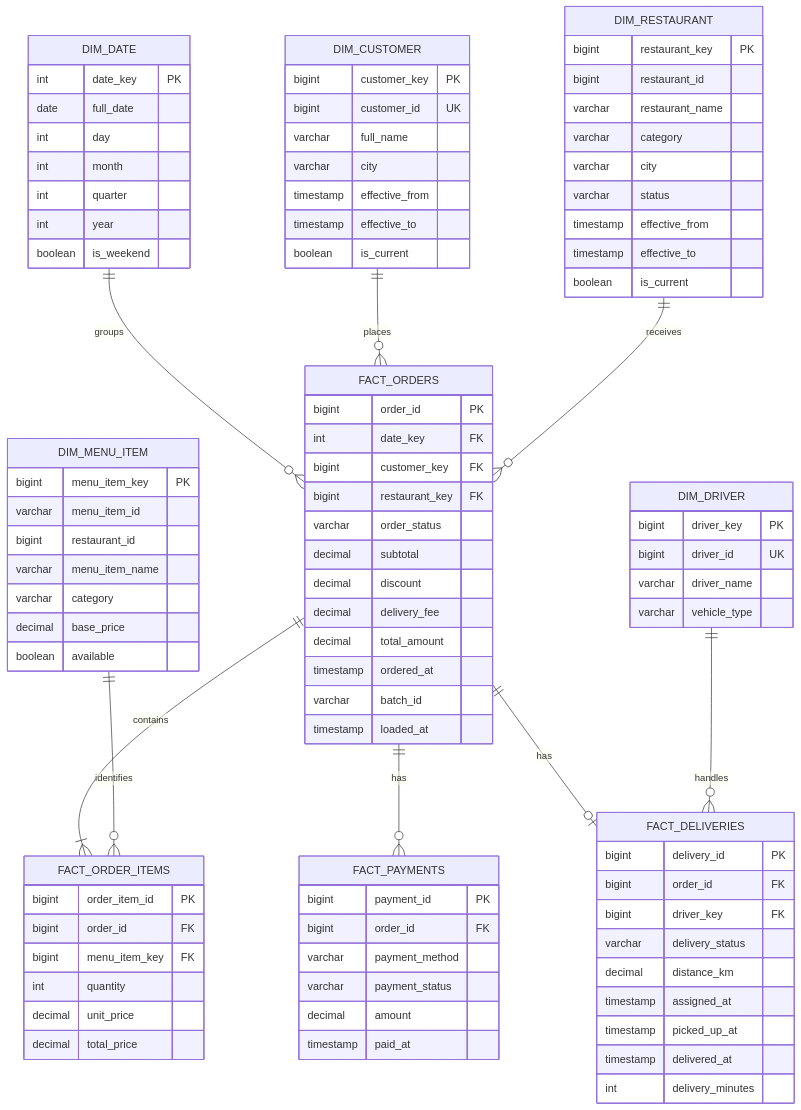
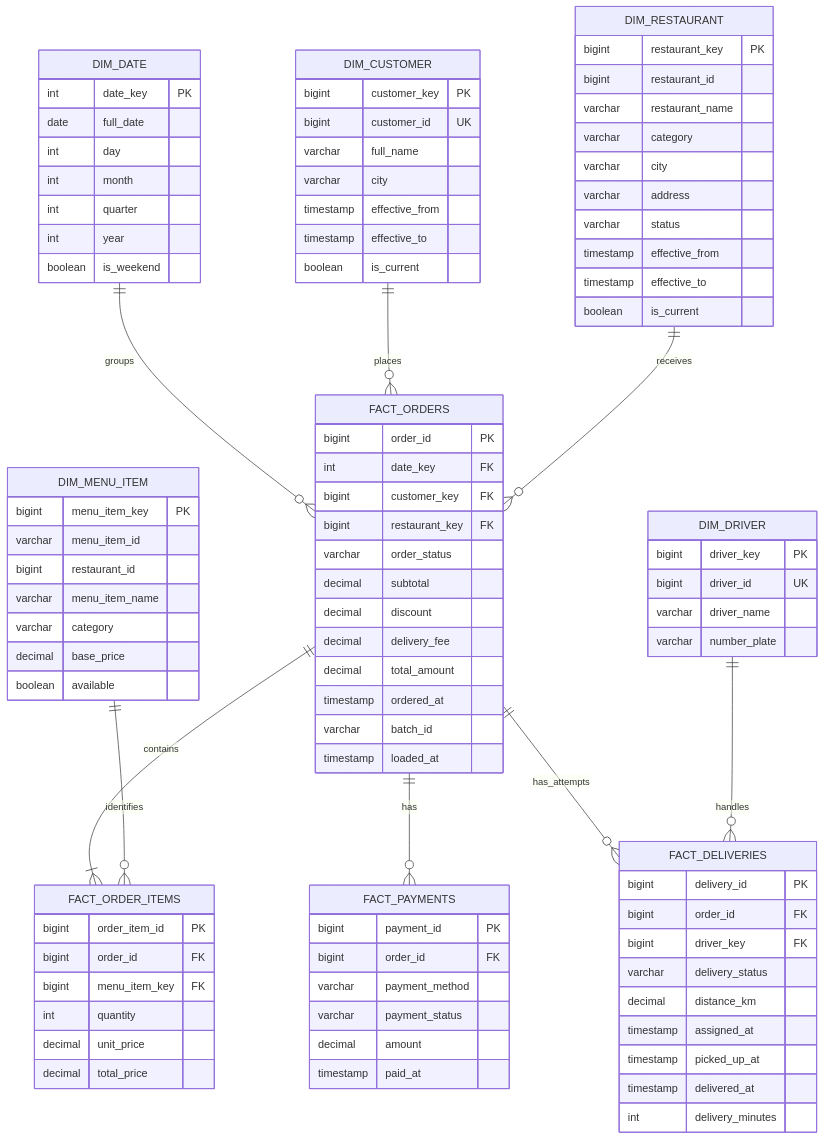
One commit to Chotiiiiw/Batch-Ingestion changed the fourth of 4 diagrams in food_delivery_schema.md. Above: the diagram before and after it, drawn with Mermaid. The commit also changed other lines of this file and 7 other files, not shown here.

```diff
--- a/food_delivery_schema.md
+++ b/food_delivery_schema.md
@@ -203,7 +204,7 @@
     FACT_ORDERS ||--|{ FACT_ORDER_ITEMS : contains
     DIM_MENU_ITEM ||--o{ FACT_ORDER_ITEMS : identifies
     FACT_ORDERS ||--o{ FACT_PAYMENTS : has
-    FACT_ORDERS ||--o| FACT_DELIVERIES : has
+    FACT_ORDERS ||--o{ FACT_DELIVERIES : has_attempts
     DIM_DRIVER ||--o{ FACT_DELIVERIES : handles
 
     DIM_DATE {
@@ -232,6 +233,7 @@
         varchar restaurant_name
         varchar category
         varchar city
+        varchar address
         varchar status
         timestamp effective_from
         timestamp effective_to
@@ -252,7 +254,7 @@
         bigint driver_key PK
         bigint driver_id UK
         varchar driver_name
-        varchar vehicle_type
+        varchar number_plate
     }
 
     FACT_ORDERS {
```
